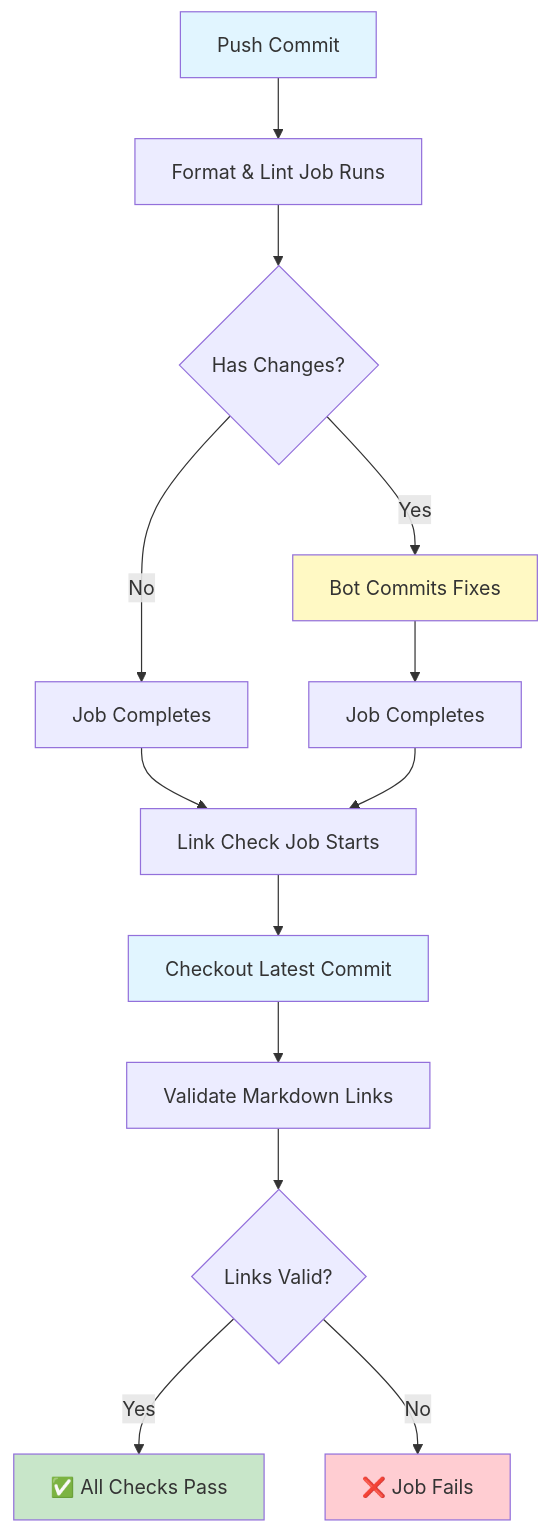
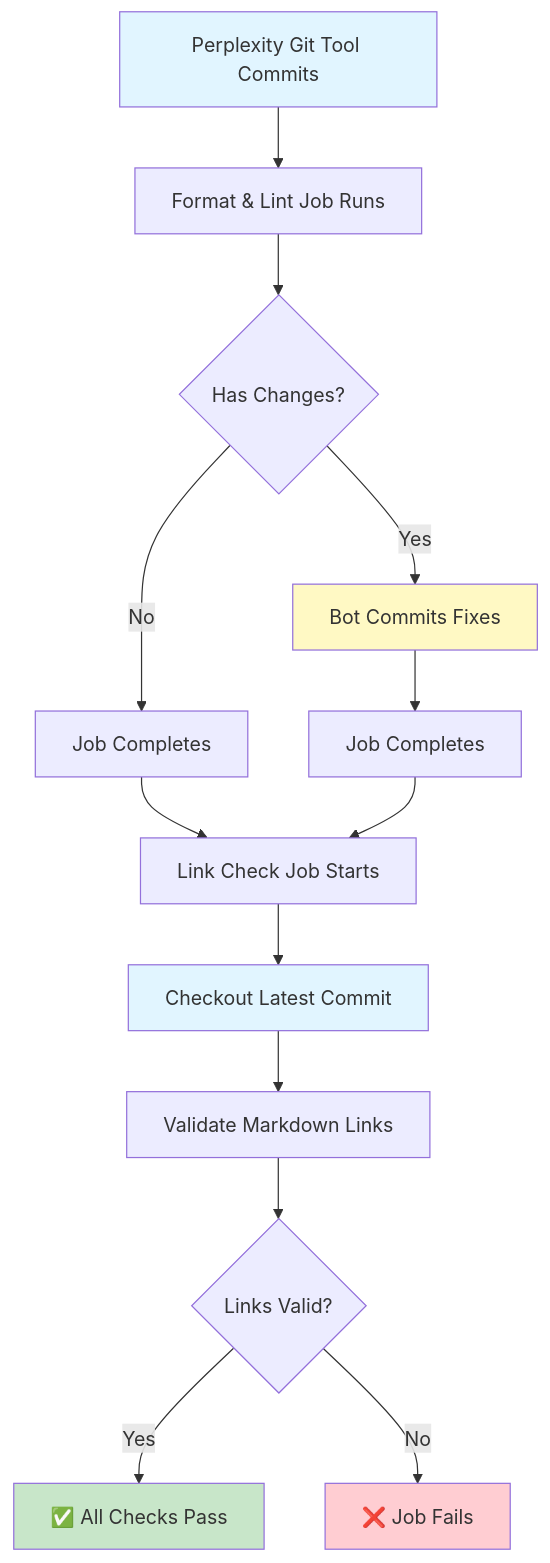
The first of 4 diagrams in .github/CI_CD_GUIDE.md (borealBytes/startup-blueprint), drawn with Mermaid before and after one commit. The commit also changed other lines of this file, not shown here.

First line of the commit message:
docs(ci): Refocus guide for Perplexity Spaces workflow

````diff
--- a/.github/CI_CD_GUIDE.md
+++ b/.github/CI_CD_GUIDE.md
@@ -31,21 +38,21 @@
 ```mermaid
 flowchart TD
-    A[Push Commit] --> B[Format & Lint Job Runs]
+    A[Perplexity Git Tool Commits] --> B[Format & Lint Job Runs]
     B --> C{Has Changes?}
     C -->|Yes| D[Bot Commits Fixes]
     C -->|No| E[Job Completes]
     D --> F[Job Completes]
     E --> G[Link Check Job Starts]
     F --> G
     G --> H[Checkout Latest Commit]
     H --> I[Validate Markdown Links]
     I --> J{Links Valid?}
     J -->|Yes| K[✅ All Checks Pass]
     J -->|No| L[❌ Job Fails]
-
+    
     style A fill:#e1f5ff
     style K fill:#c8e6c9
     style L fill:#ffcdd2
     style D fill:#fff9c4
     style H fill:#e1f5ff
 ```
````
